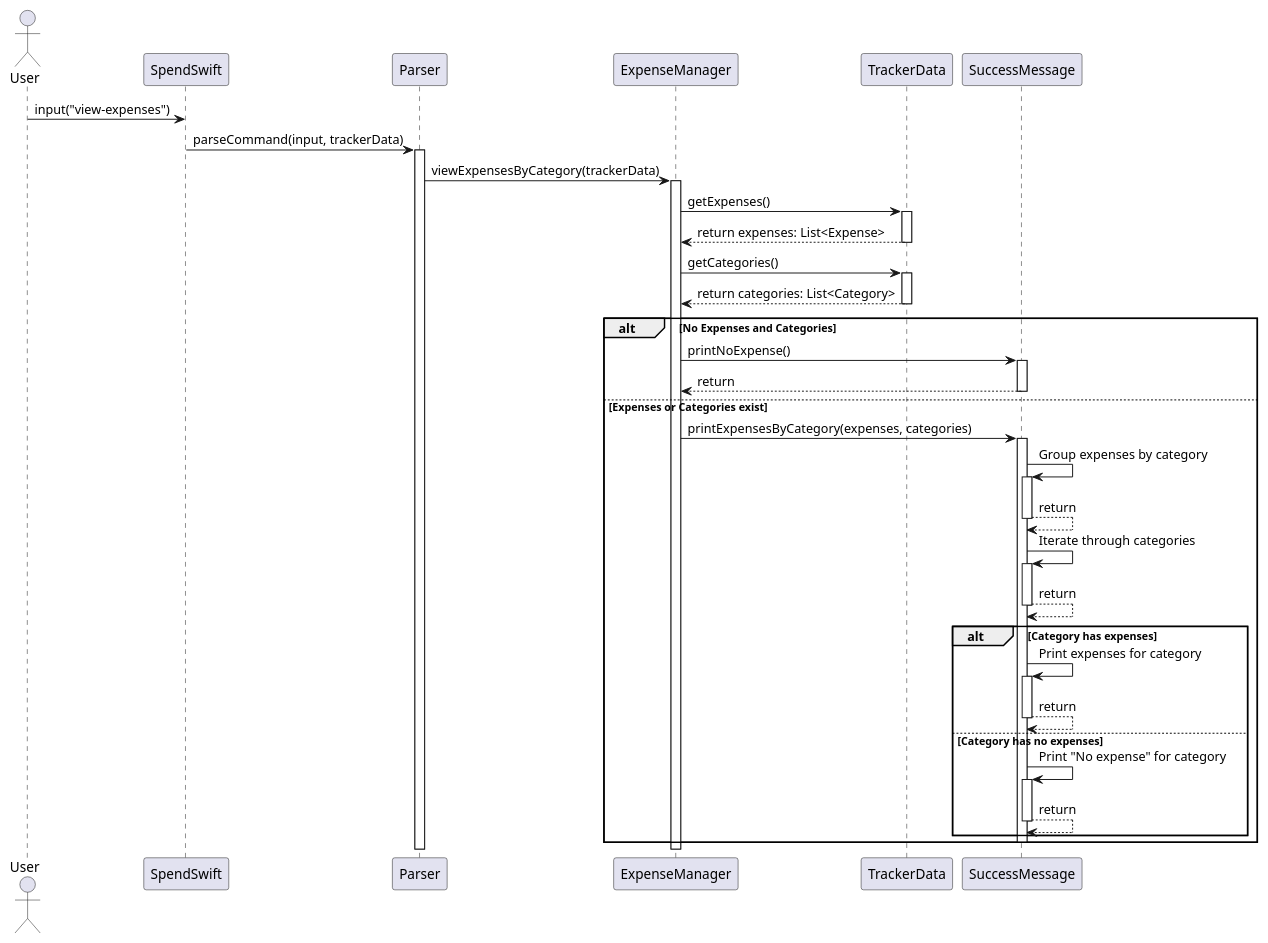
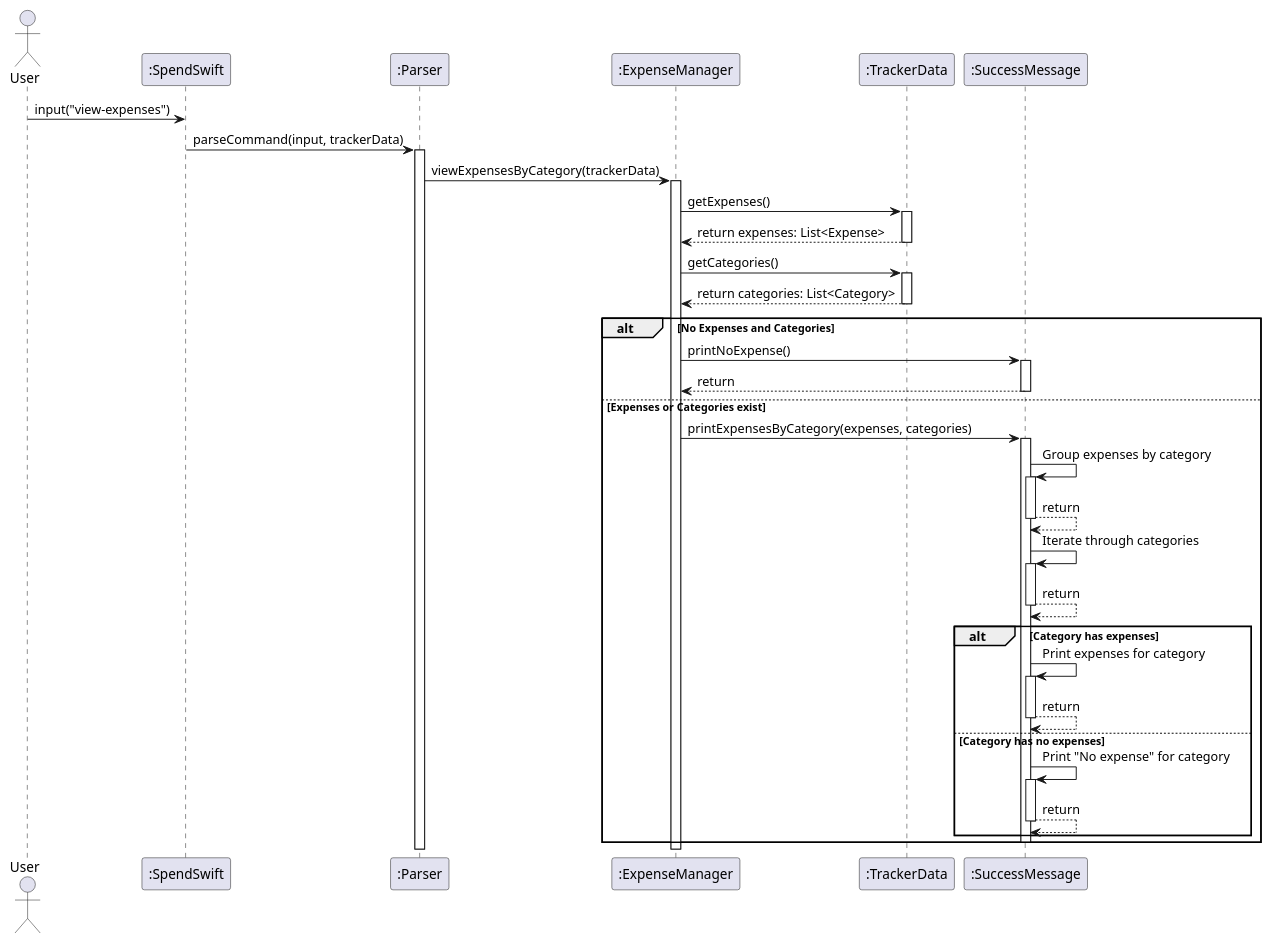
One commit to nus-cs2113-AY2425S1/tp changed the diagram in docs/diagrams/ViewExpenses.puml. Above: the diagram before and after it, drawn with PlantUML. The commit also changed 19 other files, not shown here.

```diff
--- a/docs/diagrams/ViewExpenses.puml
+++ b/docs/diagrams/ViewExpenses.puml
@@ -1,58 +1,58 @@
 @startuml
 actor User
-participant SpendSwift
-participant Parser
-participant ExpenseManager
-participant TrackerData
-participant SuccessMessage
+participant ":SpendSwift" as SpendSwift
+participant ":Parser" as Parser
+participant ":ExpenseManager" as ExpenseManager
+participant ":TrackerData" as TrackerData
+participant ":SuccessMessage" as SuccessMessage
 
 User -> SpendSwift : input("view-expenses")
 SpendSwift -> Parser : parseCommand(input, trackerData)
 
 activate Parser
 Parser -> ExpenseManager : viewExpensesByCategory(trackerData)
 
 activate ExpenseManager
 ExpenseManager -> TrackerData : getExpenses()
 activate TrackerData
 TrackerData --> ExpenseManager : return expenses: List<Expense>
 deactivate TrackerData
 ExpenseManager -> TrackerData : getCategories()
 activate TrackerData
 TrackerData --> ExpenseManager : return categories: List<Category>
 deactivate TrackerData
 
 alt No Expenses and Categories
     ExpenseManager -> SuccessMessage : printNoExpense()
     activate SuccessMessage
     SuccessMessage --> ExpenseManager : return
     deactivate SuccessMessage
 else Expenses or Categories exist
     ExpenseManager -> SuccessMessage : printExpensesByCategory(expenses, categories)
 
     activate SuccessMessage
     SuccessMessage -> SuccessMessage : Group expenses by category
     activate SuccessMessage
         SuccessMessage --> SuccessMessage : return
         deactivate SuccessMessage
     SuccessMessage -> SuccessMessage : Iterate through categories
     activate SuccessMessage
         SuccessMessage --> SuccessMessage : return
         deactivate SuccessMessage
     alt Category has expenses
         SuccessMessage -> SuccessMessage : Print expenses for category
         activate SuccessMessage
         SuccessMessage --> SuccessMessage : return
         deactivate SuccessMessage
     else Category has no expenses
         SuccessMessage -> SuccessMessage : Print "No expense" for category
         activate SuccessMessage
         SuccessMessage --> SuccessMessage : return
         deactivate SuccessMessage
     end
     deactivate SuccessMessage
 end
 deactivate ExpenseManager
 deactivate Parser
 
 @enduml
```
